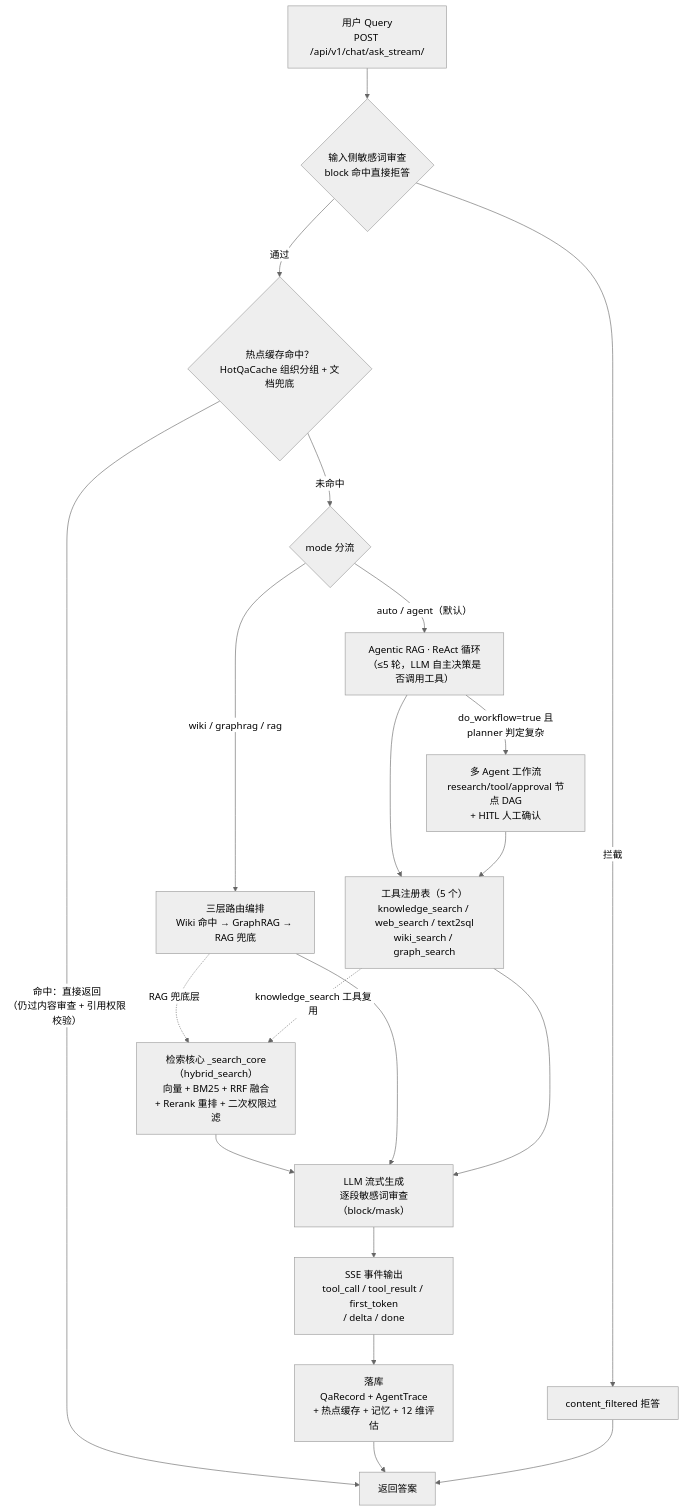
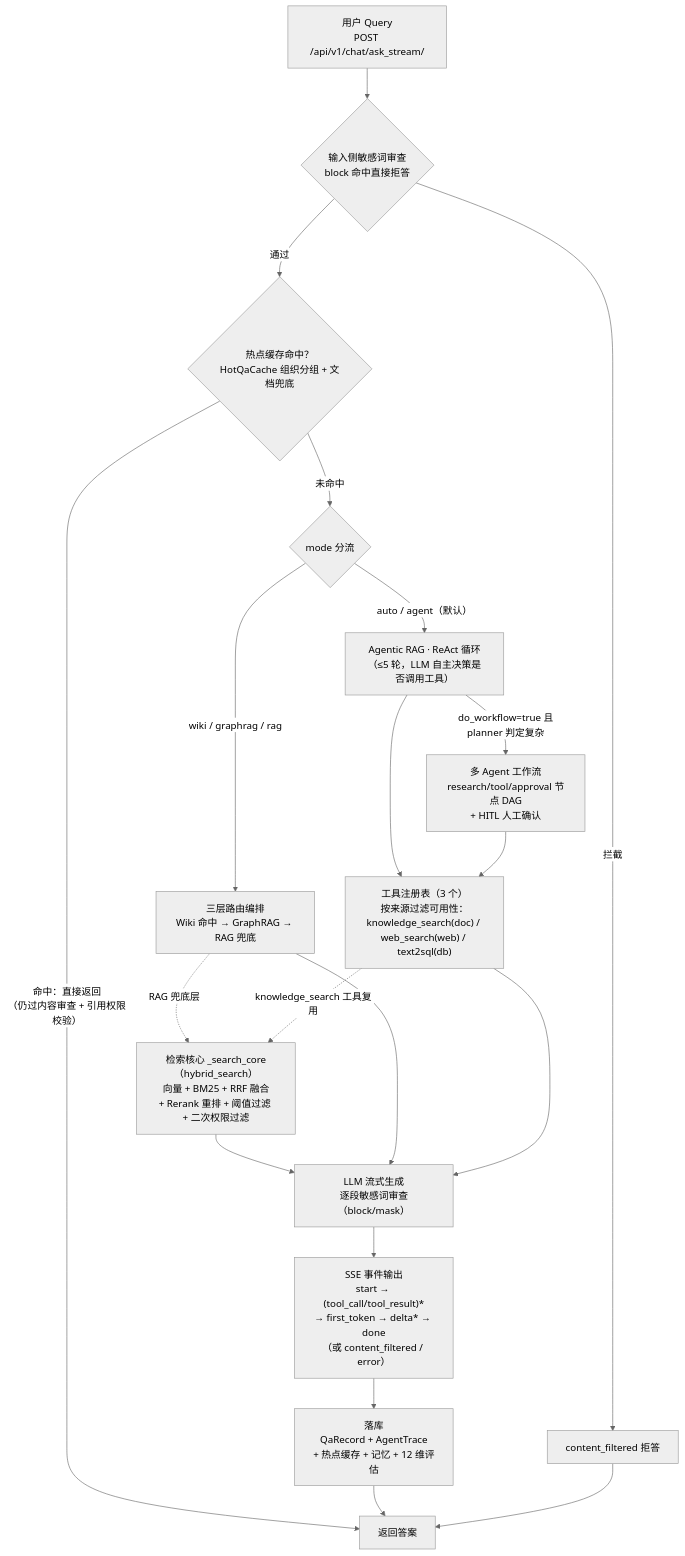
The diagram in README.md (caoyang728/rag), drawn with Mermaid (neutral theme) before and after one commit. The commit also changed other lines of this file and 41 other files, not shown here.

````diff
--- a/README.md
+++ b/README.md
@@ -45,24 +45,24 @@
 ```mermaid
 flowchart TD
     Q["用户 Query<br/>POST /api/v1/chat/ask_stream/"] --> IN{"输入侧敏感词审查<br/>block 命中直接拒答"}
     IN -->|"拦截"| F["content_filtered 拒答"]
     IN -->|"通过"| CACHE{"热点缓存命中？<br/>HotQaCache 组织分组 + 文档兜底"}
     CACHE -->|"命中：直接返回<br/>（仍过内容审查 + 引用权限校验）"| DONE["返回答案"]
     CACHE -->|"未命中"| MODE{"mode 分流"}
 
     MODE -->|"wiki / graphrag / rag"| ROUTE["三层路由编排<br/>Wiki 命中 → GraphRAG → RAG 兜底"]
     MODE -->|"auto / agent（默认）"| REACT["Agentic RAG · ReAct 循环<br/>（≤5 轮，LLM 自主决策是否调用工具）"]
     REACT -->|"do_workflow=true 且<br/>planner 判定复杂"| WF["多 Agent 工作流<br/>research/tool/approval 节点 DAG<br/>+ HITL 人工确认"]
-    REACT --> TOOLS["工具注册表（5 个）<br/>knowledge_search / web_search / text2sql<br/>wiki_search / graph_search"]
+    REACT --> TOOLS["工具注册表（3 个）<br/>按来源过滤可用性：<br/>knowledge_search(doc) / web_search(web) / text2sql(db)"]
     WF --> TOOLS
 
-    ROUTE -.->|"RAG 兜底层"| CORE["检索核心 _search_core（hybrid_search）<br/>向量 + BM25 + RRF 融合<br/>+ Rerank 重排 + 二次权限过滤"]
+    ROUTE -.->|"RAG 兜底层"| CORE["检索核心 _search_core（hybrid_search）<br/>向量 + BM25 + RRF 融合<br/>+ Rerank 重排 + 阈值过滤 + 二次权限过滤"]
     TOOLS -.->|"knowledge_search 工具复用"| CORE
     CORE --> GEN["LLM 流式生成<br/>逐段敏感词审查（block/mask）"]
     ROUTE --> GEN
     TOOLS --> GEN
-    GEN --> SSE["SSE 事件输出<br/>tool_call / tool_result / first_token<br/>/ delta / done"]
+    GEN --> SSE["SSE 事件输出<br/>start → (tool_call/tool_result)*<br/>→ first_token → delta* → done<br/>（或 content_filtered / error）"]
     SSE --> PERSIST["落库<br/>QaRecord + AgentTrace<br/>+ 热点缓存 + 记忆 + 12 维评估"]
     PERSIST --> DONE
     F --> DONE
 ```
````
